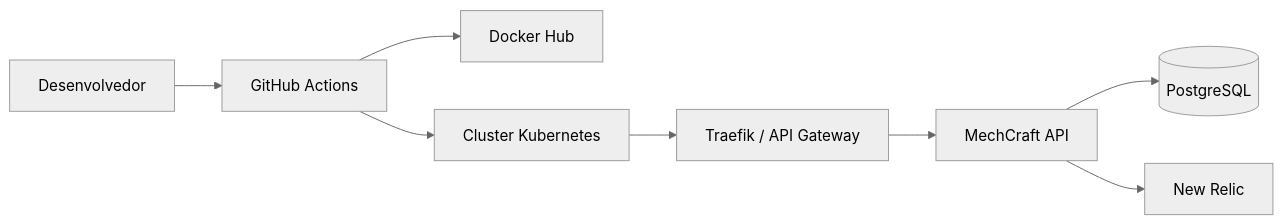
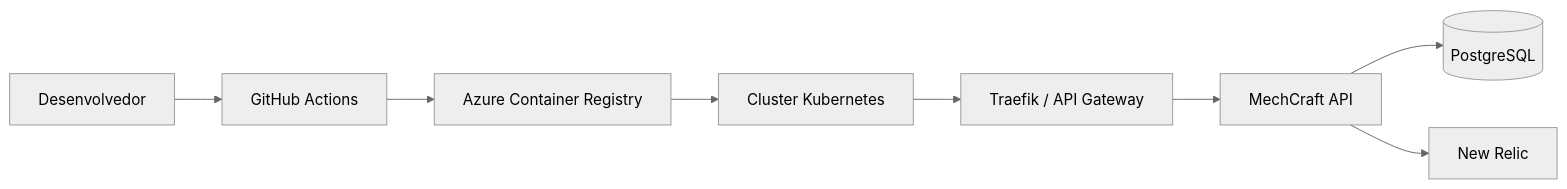
Before and after one commit to PedroHMS-ap/mechcraft-app-k8s: the diagram in docs/architecture/APP_K8S.md, drawn with Mermaid (neutral theme). The commit also changed 3 other files, not shown here.

````diff
--- a/docs/architecture/APP_K8S.md
+++ b/docs/architecture/APP_K8S.md
@@ -3,10 +3,10 @@
 ```mermaid
 flowchart LR
   Dev[Desenvolvedor] --> GHA[GitHub Actions]
-  GHA --> DockerHub[Docker Hub]
-  GHA --> AKS[Cluster Kubernetes]
+  GHA --> ACR[Azure Container Registry]
+  ACR --> AKS[Cluster Kubernetes]
   AKS --> Gateway[Traefik / API Gateway]
   Gateway --> API[MechCraft API]
   API --> Postgres[(PostgreSQL)]
   API --> NR[New Relic]
 ```
````
